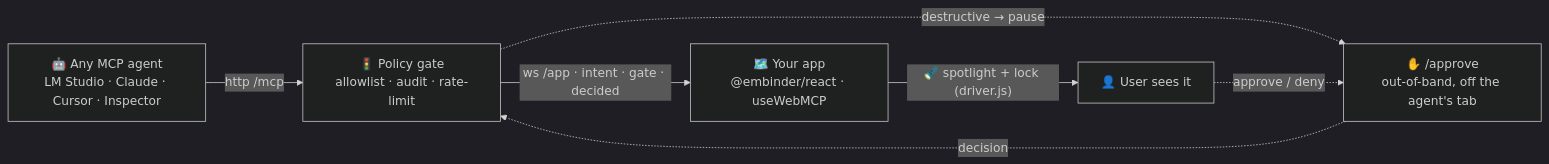
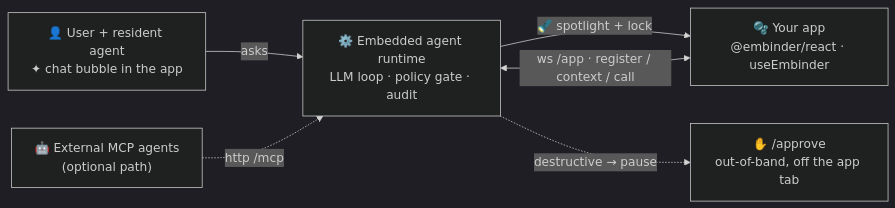
Before and after one commit to celesnity/Embinder: the first of 2 diagrams in README.md, drawn with Mermaid (dark theme). The commit also changed other lines of this file and 41 other files, not shown here.

First line of the commit message:
feat(embinder-pointer): one-hook pointer, render-scoped agent context, resident bubble

````diff
--- a/README.md
+++ b/README.md
@@ -64,15 +104,14 @@
 ```mermaid
 flowchart LR
-    agent["🤖 Any MCP agent<br/>LM Studio · Claude · Cursor · Inspector"]
-    gate["🚦 Policy gate<br/>allowlist · audit · rate-limit"]
-    app["🗺️ Your app<br/>@embinder/react · useWebMCP"]
-    approve["✋ /approve<br/>out-of-band, off the agent's tab"]
-    user["👤 User sees it"]
+    user["👤 User + resident agent<br/>✦ chat bubble in the app"]
+    app["🫧 Your app<br/>@embinder/react · useEmbinder"]
+    relay["⚙️ Embedded agent runtime<br/>LLM loop · policy gate · audit"]
+    approve["✋ /approve<br/>out-of-band, off the app tab"]
+    mcp["🤖 External MCP agents<br/>(optional path)"]
 
-    agent -->|"http /mcp"| gate
-    gate -->|"ws /app · intent · gate · decided"| app
-    app -->|"🔦 spotlight + lock (driver.js)"| user
-    gate -.->|"destructive → pause"| approve
-    user -.->|"approve / deny"| approve
-    approve -.->|"decision"| gate
+    user -->|"asks"| relay
+    app <-->|"ws /app · register / context / call"| relay
+    relay -->|"🔦 spotlight + lock"| app
+    relay -.->|"destructive → pause"| approve
+    mcp -.->|"http /mcp"| relay
 ```
````
